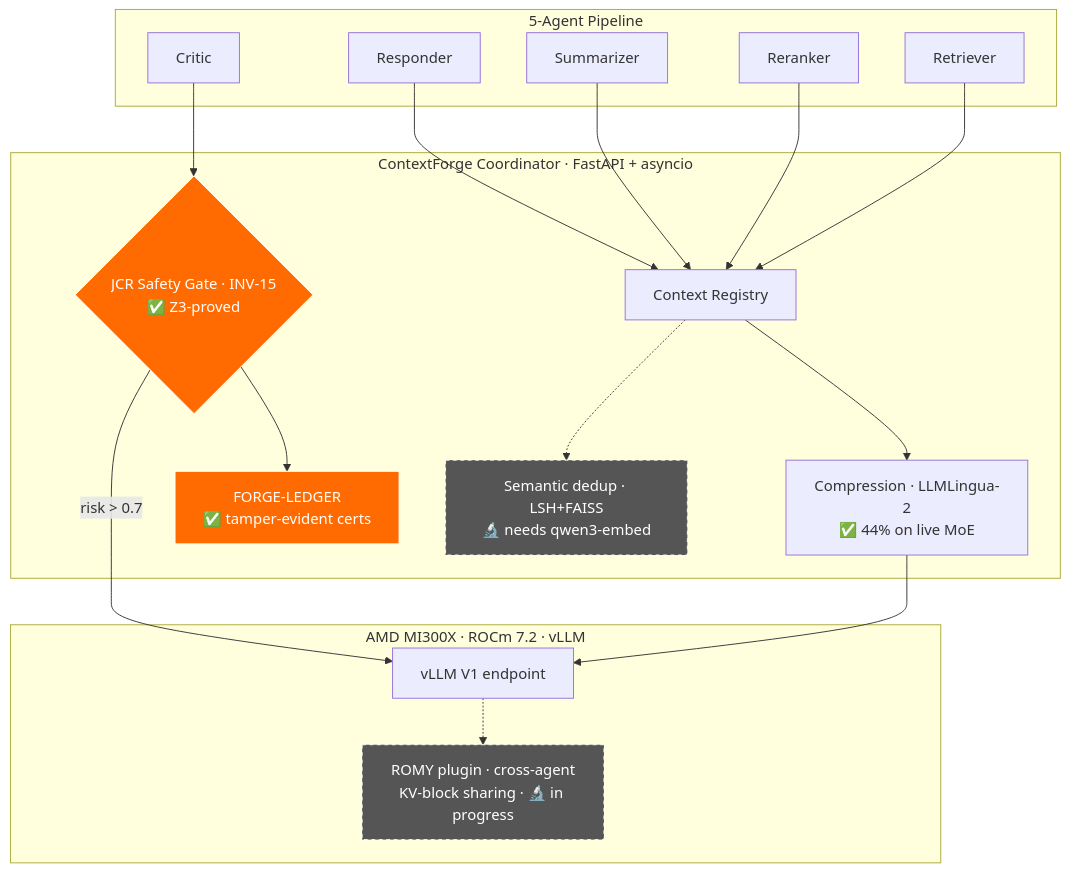
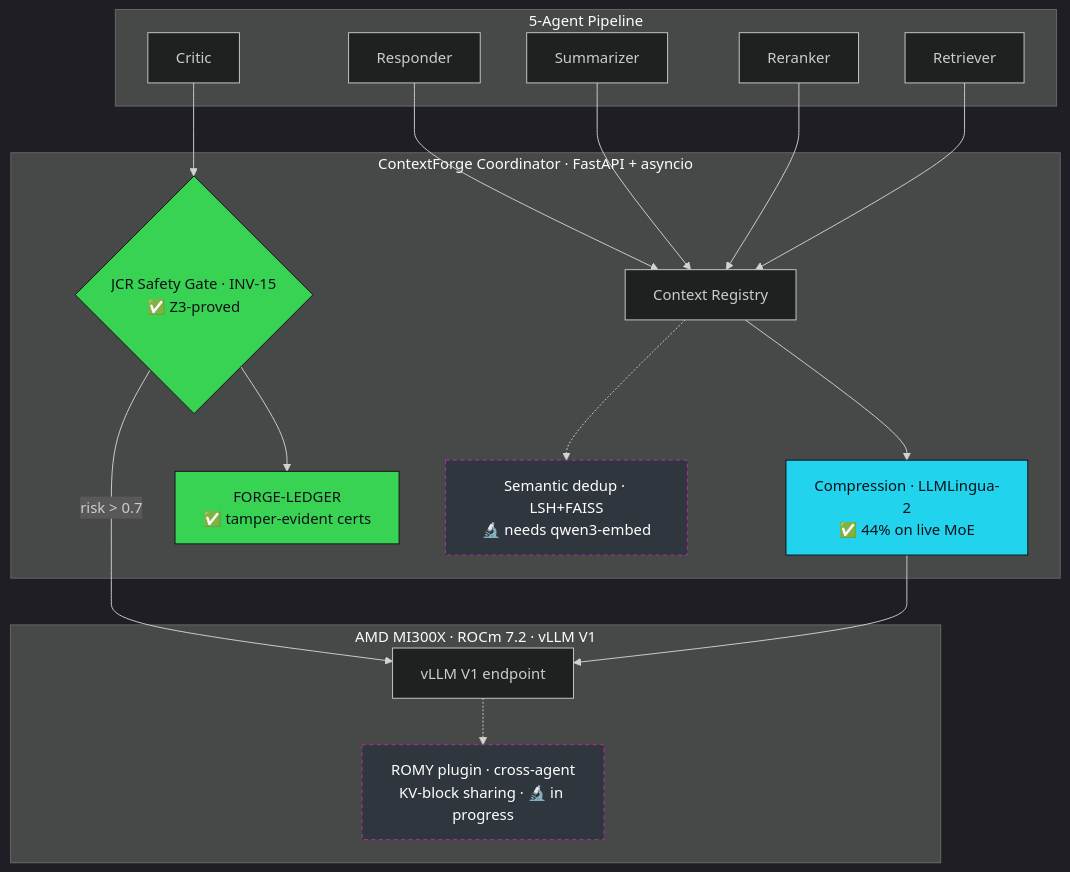
The diagram in README.md (SuarezPM/ContextForge), drawn with Mermaid before and after one commit. The commit also changed other lines of this file and 1 other file, not shown here.

````diff
--- a/README.md
+++ b/README.md
@@ -100,26 +102,28 @@
 ```mermaid
+%%{init: {'theme':'dark', 'themeVariables': {'fontFamily':'ui-monospace, monospace'}}}%%
 flowchart TB
     subgraph Agents["5-Agent Pipeline"]
         A1[Retriever] & A2[Reranker] & A3[Summarizer] & A4[Critic] & A5[Responder]
     end
     subgraph CF["ContextForge Coordinator · FastAPI + asyncio"]
         REG["Context Registry"]
         COMP["Compression · LLMLingua-2<br/>✅ 44% on live MoE"]
         JCR{"JCR Safety Gate · INV-15<br/>✅ Z3-proved"}
         LEDGER["FORGE-LEDGER<br/>✅ tamper-evident certs"]
         DEDUP["Semantic dedup · LSH+FAISS<br/>🔬 needs qwen3-embed"]
     end
-    subgraph Serving["AMD MI300X · ROCm 7.2 · vLLM"]
+    subgraph Serving["AMD MI300X · ROCm 7.2 · vLLM V1"]
         VLLM["vLLM V1 endpoint"]
         ROMY["ROMY plugin · cross-agent<br/>KV-block sharing · 🔬 in progress"]
     end
     A1 & A2 & A3 & A5 --> REG --> COMP --> VLLM
     A4 --> JCR -->|risk > 0.7| VLLM
     JCR --> LEDGER
     REG -.-> DEDUP
     VLLM -.-> ROMY
-    style JCR fill:#FF6B00,stroke:#fff,color:#fff
-    style LEDGER fill:#FF6B00,stroke:#fff,color:#fff
-    style ROMY fill:#555,stroke:#fff,color:#fff,stroke-dasharray:4
-    style DEDUP fill:#555,stroke:#fff,color:#fff,stroke-dasharray:4
+    style JCR fill:#39D353,stroke:#0D1117,color:#0D1117
+    style LEDGER fill:#39D353,stroke:#0D1117,color:#0D1117
+    style COMP fill:#22D3EE,stroke:#0D1117,color:#0D1117
+    style ROMY fill:#30363D,stroke:#C724B1,color:#fff,stroke-dasharray:4
+    style DEDUP fill:#30363D,stroke:#C724B1,color:#fff,stroke-dasharray:4
 ```
````
